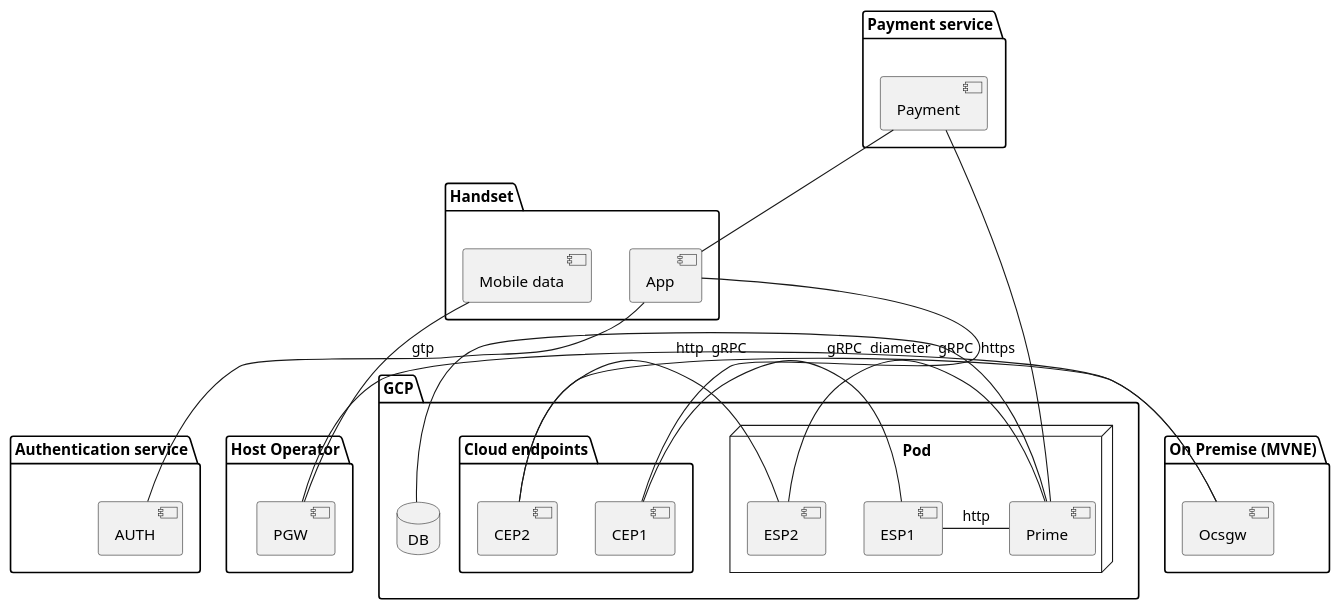
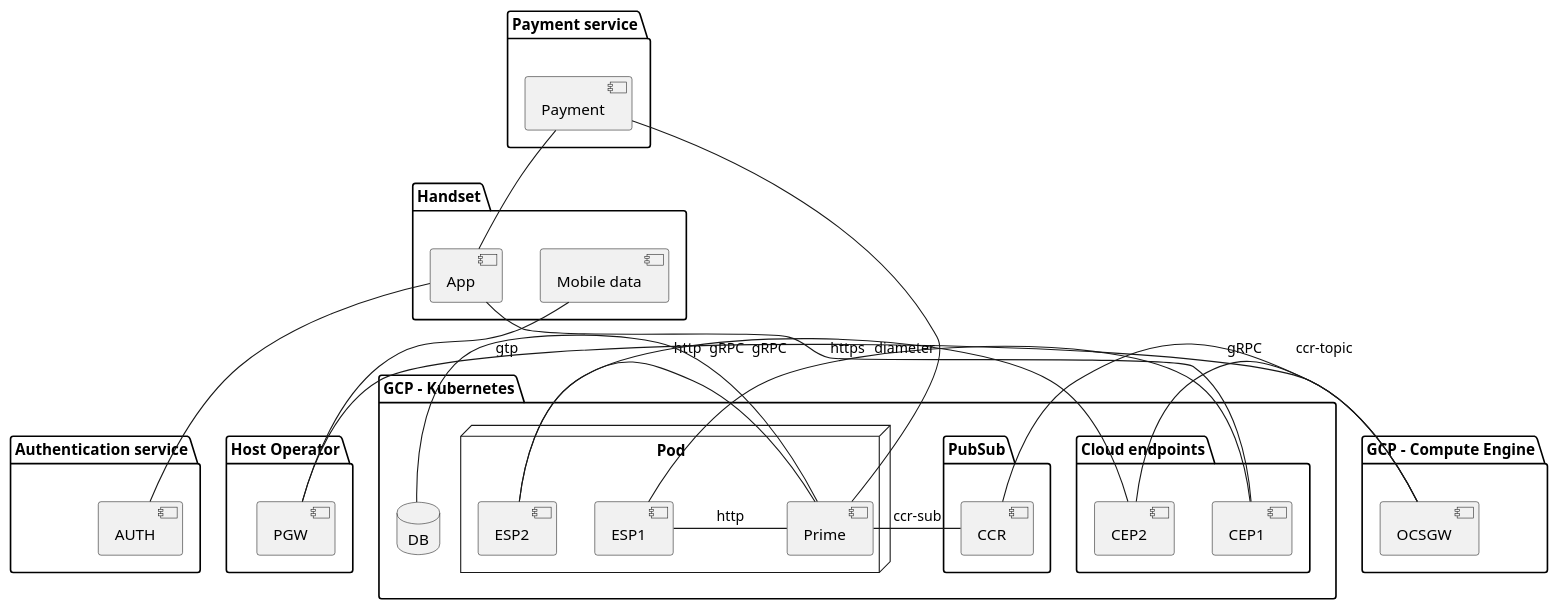
One commit to ostelco/ostelco-core changed the diagram in docs/prod-deployment/deployment.puml. Above: the diagram before and after it, drawn with PlantUML. The commit also changed 14 other files, not shown here.

Commit message:
Updated Glossary and platuml diagrams.  Replaced pngs with svgs.

```diff
--- a/docs/prod-deployment/deployment.puml
+++ b/docs/prod-deployment/deployment.puml
@@ -1,58 +1,65 @@
 @startuml
 
 package "Handset" {
   [App]
   [Mobile data]
 }
 
 
 package "Payment service" {
- [Payment]
+  [Payment]
 }
 
 package "Authentication service" {
- [AUTH]
+  [AUTH]
 }
 
 
 
 package "Host Operator" {
   [PGW]
 }
 
-package "On Premise (MVNE)" {
- [Ocsgw]
+package "GCP - Compute Engine" {
+  [OCSGW]
 }
 
 
-package "GCP" {
+package "GCP - Kubernetes" {
 
- package "Cloud endpoints"{
-   [CEP1]
-   [CEP2]
- }
+  package "Cloud endpoints"{
+    [CEP1]
+    [CEP2]
+  }
 
- database DB
+  package "PubSub"{
+    [CCR]
+  }
+
+  database DB
+
   node "Pod" {
-   [ESP1]
-   [ESP2]
-   [Prime]
- }
+    [ESP1]
+    [ESP2]
+    [Prime]
+  }
 }
 
 [App] -- [AUTH]
 [Payment] -- [App]
 [Payment] -- [Prime]
 [Mobile data] -- [PGW] : gtp
 [App] - [CEP1] : https
 [CEP1] - [ESP1] : http
 [CEP2] - [ESP2]: gRPC
 
 
-[PGW] - [Ocsgw]: diameter
-[Ocsgw] - [CEP2] : gRPC
+[PGW] - [OCSGW]: diameter
+[OCSGW] - [CEP2] : gRPC
 [ESP1] - [Prime] : http
 [ESP2] - [Prime] : gRPC
 [Prime] -  DB
+[OCSGW] - [CCR] : ccr-topic
+[CCR] - [Prime] : ccr-sub
 
 @enduml
```
